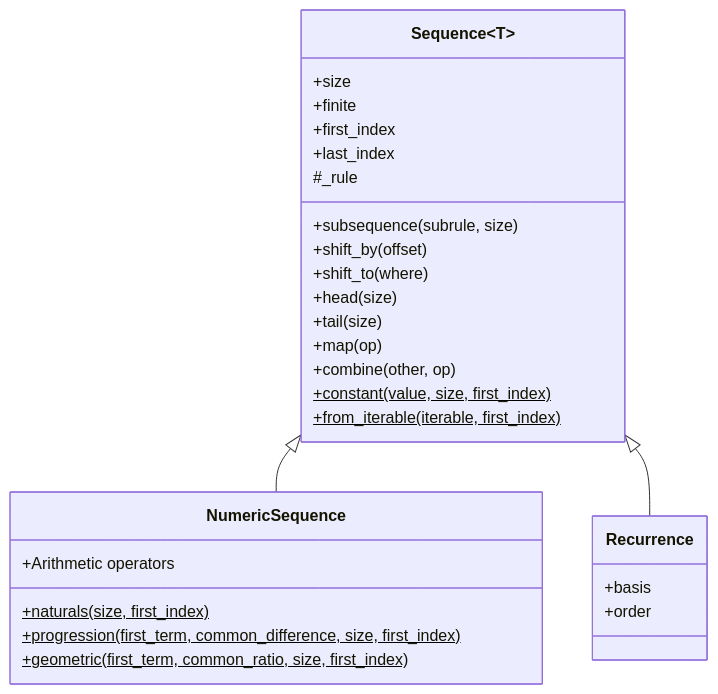
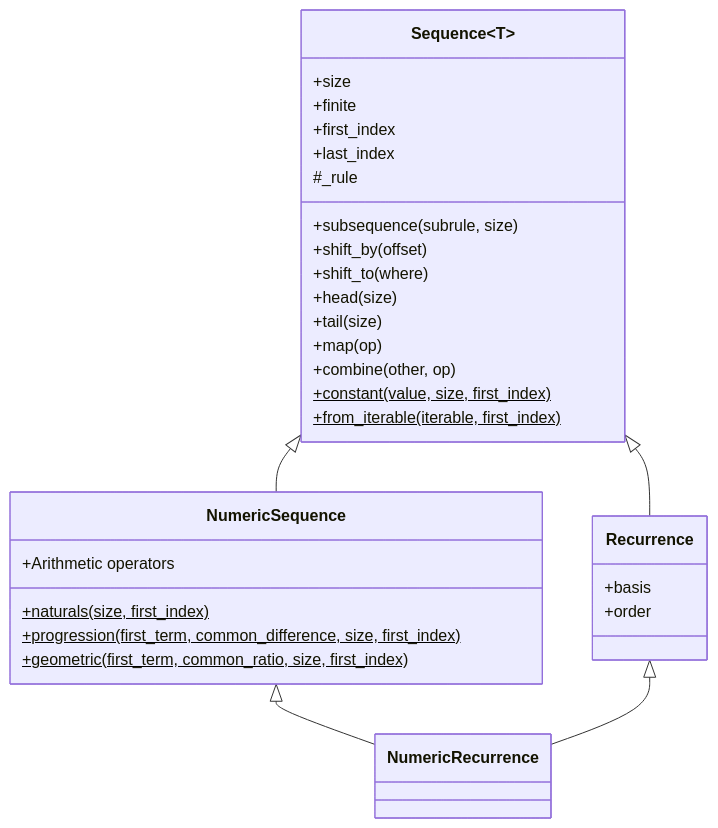
The diagram in ARCHITECTURE.md (avikpln/calculus), drawn with Mermaid before and after one commit. The commit also changed other lines of this file and 5 other files, not shown here.

First line of the commit message:
Add NumericRecurrence for recursive arithmetic

````diff
--- a/ARCHITECTURE.md
+++ b/ARCHITECTURE.md
@@ -8,35 +8,38 @@
 ```mermaid
 classDiagram
     class Sequence~T~ {
         +size
         +finite
         +first_index
         +last_index
         +subsequence(subrule, size)
         +shift_by(offset)
         +shift_to(where)
         +head(size)
         +tail(size)
         +map(op)
         +combine(other, op)
         +constant(value, size, first_index)$
         +from_iterable(iterable, first_index)$
         #_rule
     }
 
     class NumericSequence {
         +Arithmetic operators
         +naturals(size, first_index)$
         +progression(first_term, common_difference, size, first_index)$
         +geometric(first_term, common_ratio, size, first_index)$
     }
 
     Sequence <|-- NumericSequence
 
     class Recurrence {
         +basis
         +order
     }
 
     Sequence <|-- Recurrence
+
+    NumericSequence <|-- NumericRecurrence
+    Recurrence <|-- NumericRecurrence
 ```
````
